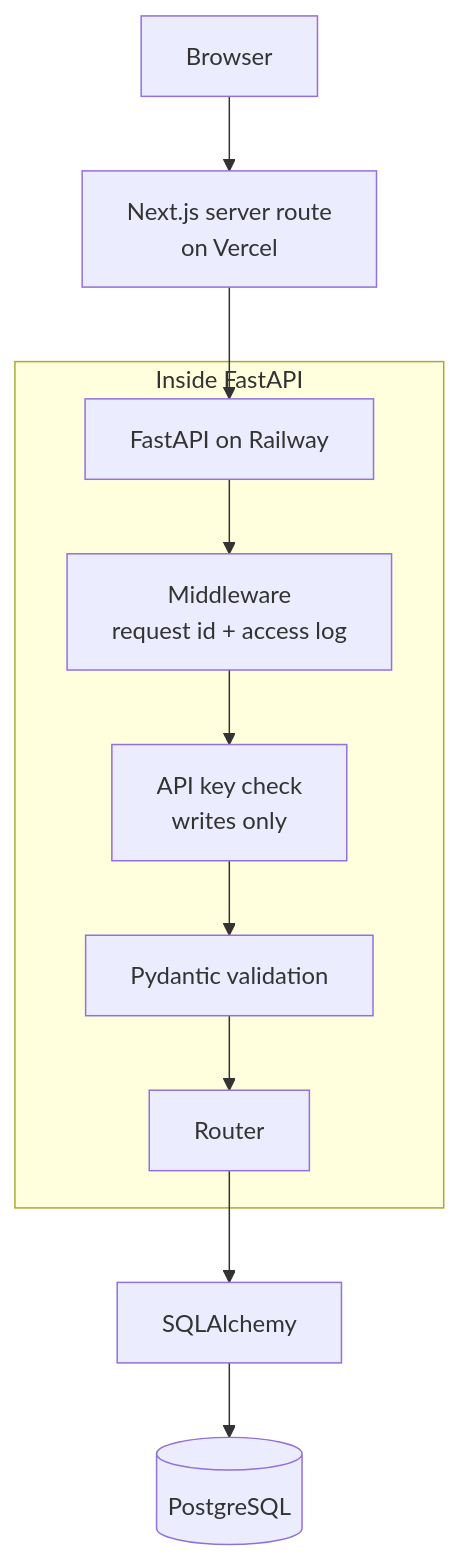
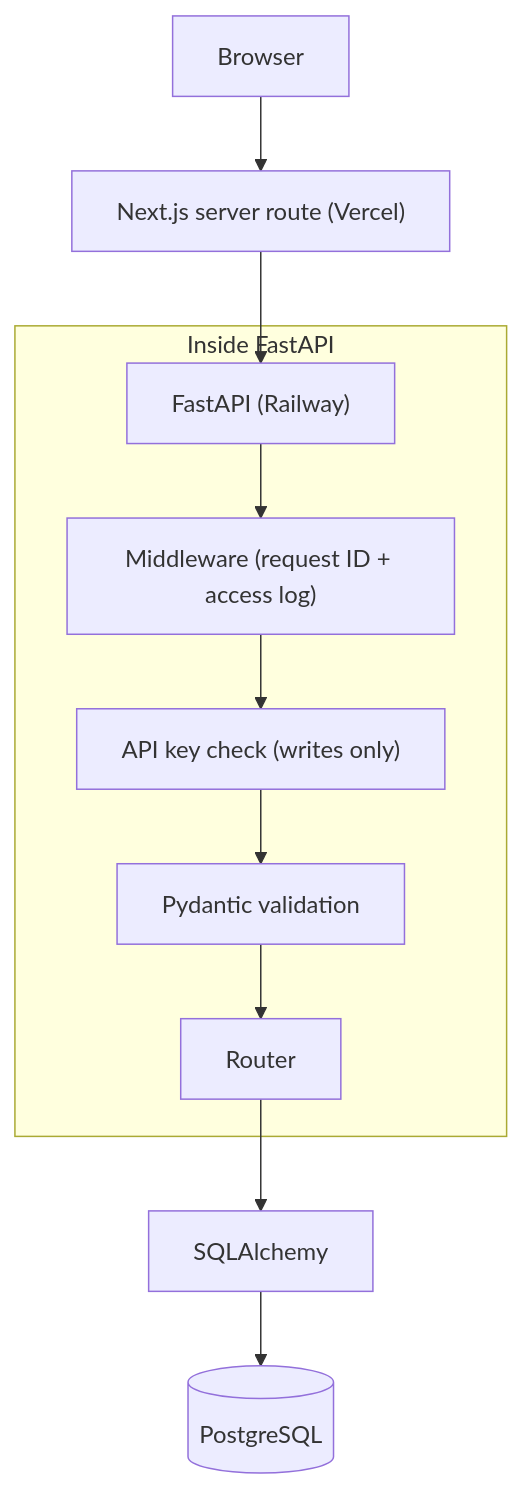
The diagram in docs/DESIGN.md (dubalronil/fastapi-task-api), drawn with Mermaid before and after one commit.

Commit message:
docs: fix architecture diagram formatting

````diff
--- a/docs/DESIGN.md
+++ b/docs/DESIGN.md
@@ -9,15 +9,15 @@
 ```mermaid
 flowchart TD
-    Browser[Browser] --> Next[Next.js server route<br/>on Vercel]
-    Next --> API[FastAPI on Railway]
+    Browser[Browser] --> Next["Next.js server route (Vercel)"]
+    Next --> API["FastAPI (Railway)"]
 
     subgraph Inside FastAPI
-        API --> MW[Middleware<br/>request id + access log]
-        MW --> Key[API key check<br/>writes only]
+        API --> MW["Middleware (request ID + access log)"]
+        MW --> Key["API key check (writes only)"]
         Key --> Valid[Pydantic validation]
         Valid --> Router[Router]
     end
 
     Router --> ORM[SQLAlchemy]
     ORM --> DB[(PostgreSQL)]
 ```
````
